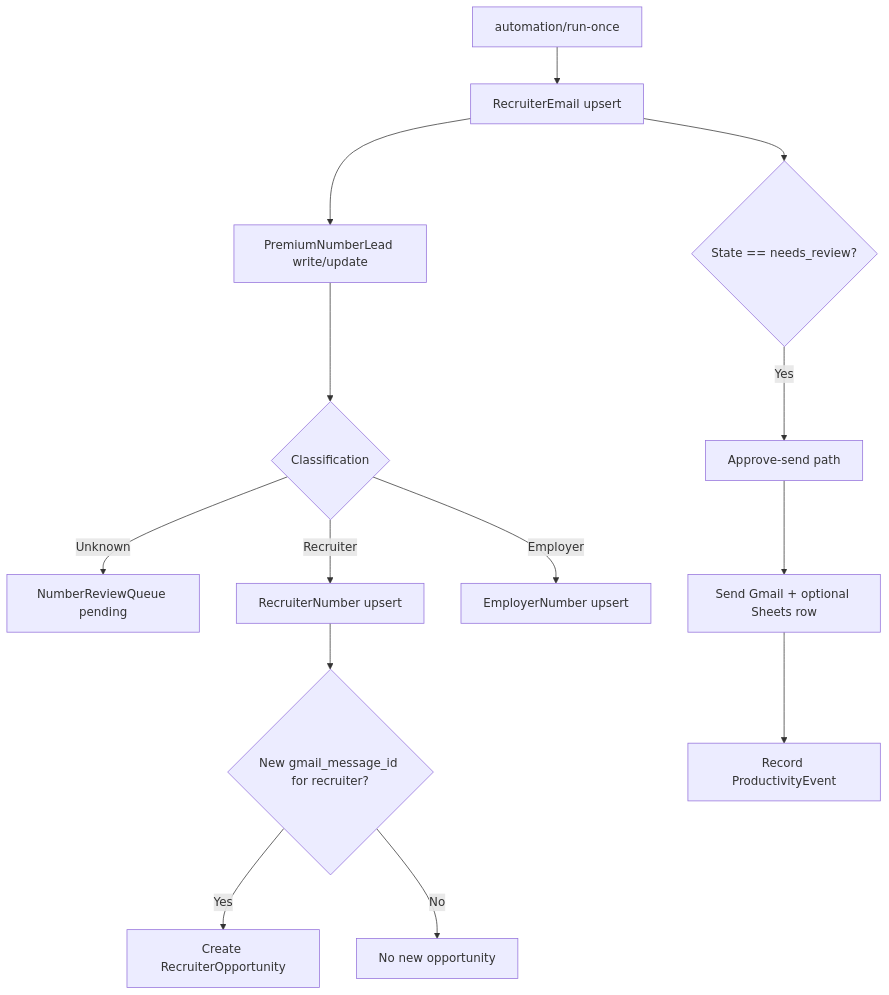
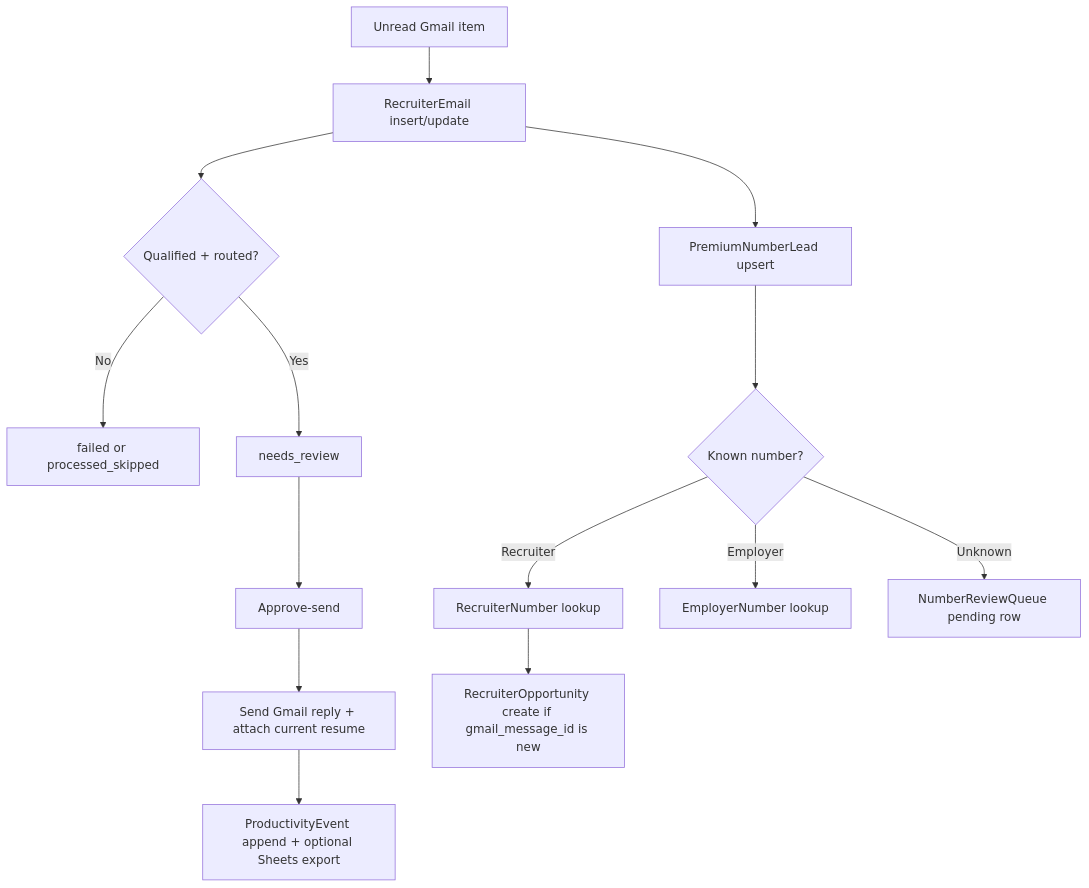
The diagram in docs/data.md (chaitanyadheeraj98/CODEJOB), drawn with Mermaid before and after one commit. The commit also changed other lines of this file and 8 other files, not shown here.

````diff
--- a/docs/data.md
+++ b/docs/data.md
@@ -81,16 +144,16 @@
 ```mermaid
 flowchart TD
-    A[automation/run-once] --> B[RecruiterEmail upsert]
-    B --> C[PremiumNumberLead write/update]
-    C --> D{Classification}
-    D -->|Unknown| E[NumberReviewQueue pending]
-    D -->|Recruiter| F[RecruiterNumber upsert]
-    D -->|Employer| G[EmployerNumber upsert]
-    F --> H{New gmail_message_id for recruiter?}
-    H -->|Yes| I[Create RecruiterOpportunity]
-    H -->|No| J[No new opportunity]
-    B --> K{State == needs_review?}
-    K -->|Yes| L[Approve-send path]
-    L --> M[Send Gmail + optional Sheets row]
-    M --> N[Record ProductivityEvent]
+    A[Unread Gmail item] --> B[RecruiterEmail insert/update]
+    B --> C{Qualified + routed?}
+    C -->|No| D[failed or processed_skipped]
+    C -->|Yes| E[needs_review]
+    B --> F[PremiumNumberLead upsert]
+    F --> G{Known number?}
+    G -->|Recruiter| H[RecruiterNumber lookup]
+    H --> I[RecruiterOpportunity create if gmail_message_id is new]
+    G -->|Employer| J[EmployerNumber lookup]
+    G -->|Unknown| K[NumberReviewQueue pending row]
+    E --> L[Approve-send]
+    L --> M[Send Gmail reply + attach current resume]
+    M --> N[ProductivityEvent append + optional Sheets export]
 ```
````
